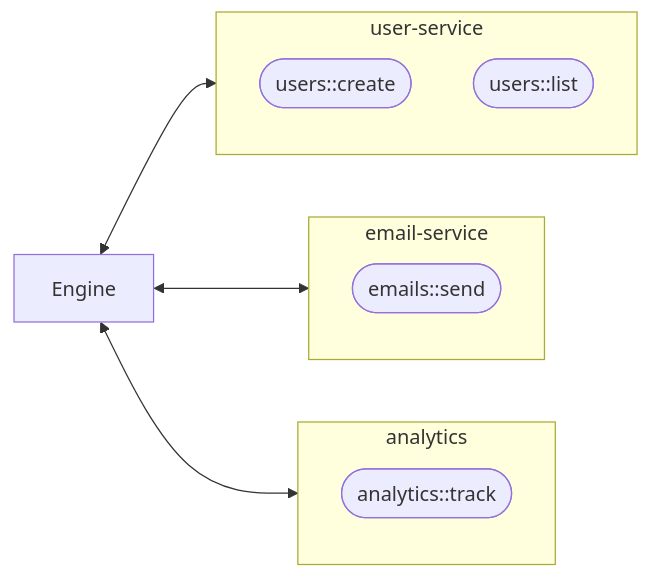
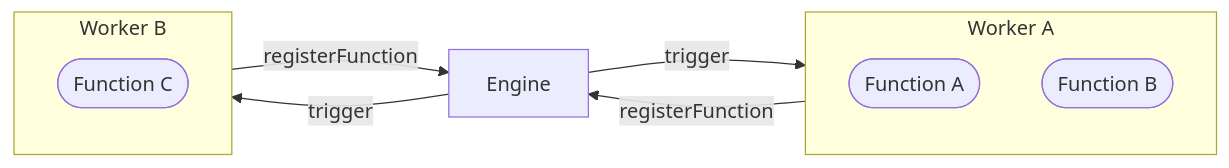
One commit to iii-hq/docs changed the diagram in content/architecture/workers.mdx. Above: the diagram before and after it, drawn with Mermaid. The commit also changed 12 other files, not shown here.

First line of the commit message:
fix: console nav, quickstart examples card, architecture diagrams

````diff
--- a/content/architecture/workers.mdx
+++ b/content/architecture/workers.mdx
@@ -10,21 +10,18 @@
 ```mermaid
 graph LR
-    Engine[Engine]
+    E[Engine]
 
-    subgraph W1[user-service]
-        F1([users::create])
-        F2([users::list])
+    subgraph W1[Worker A]
+        F1([Function A])
+        F2([Function B])
     end
 
-    subgraph W2[email-service]
-        F3([emails::send])
+    subgraph W2[Worker B]
+        F3([Function C])
     end
 
-    subgraph W3[analytics]
-        F5([analytics::track])
-    end
-
-    Engine <--> W1
-    Engine <--> W2
-    Engine <--> W3
+    W1 -- registerFunction --> E
+    W2 -- registerFunction --> E
+    E -- trigger --> W1
+    E -- trigger --> W2
 ```
````
